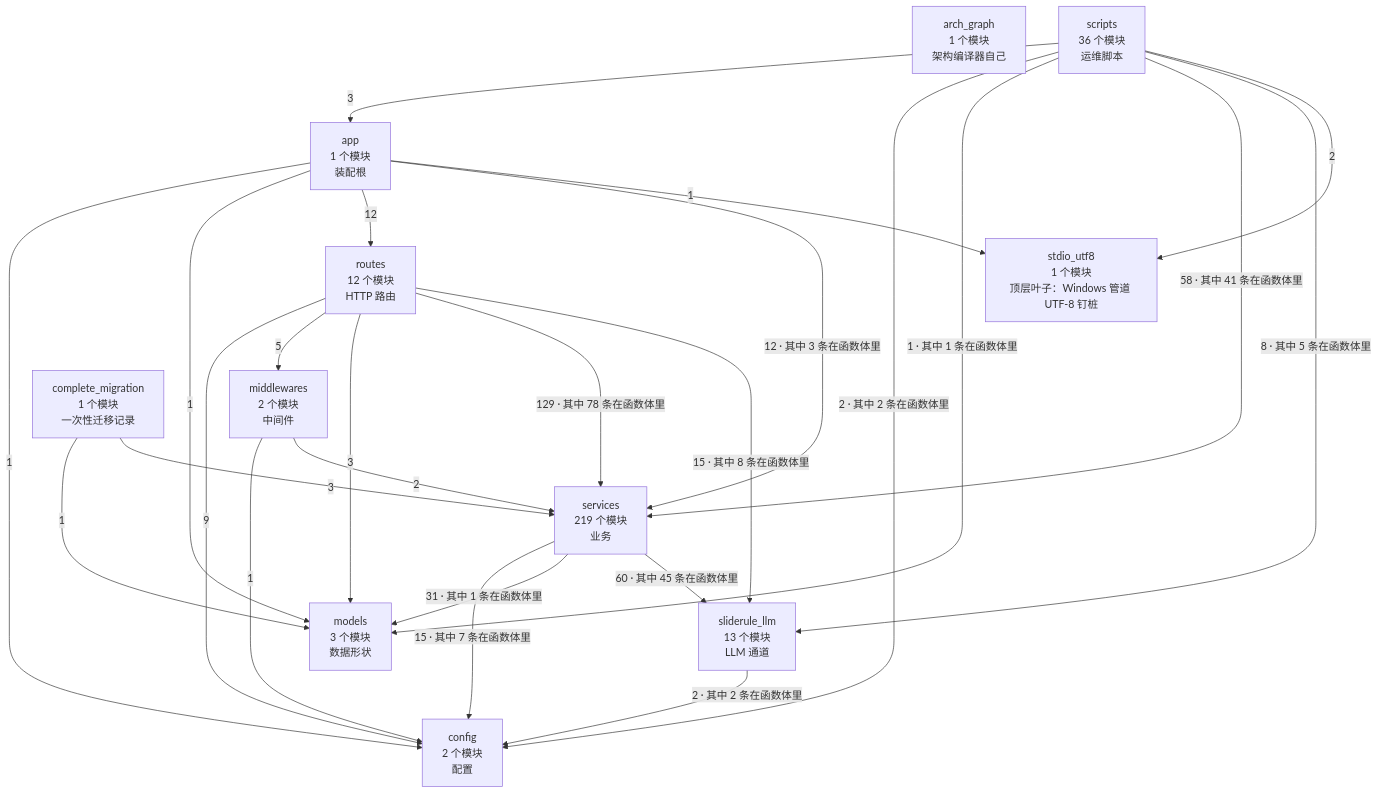
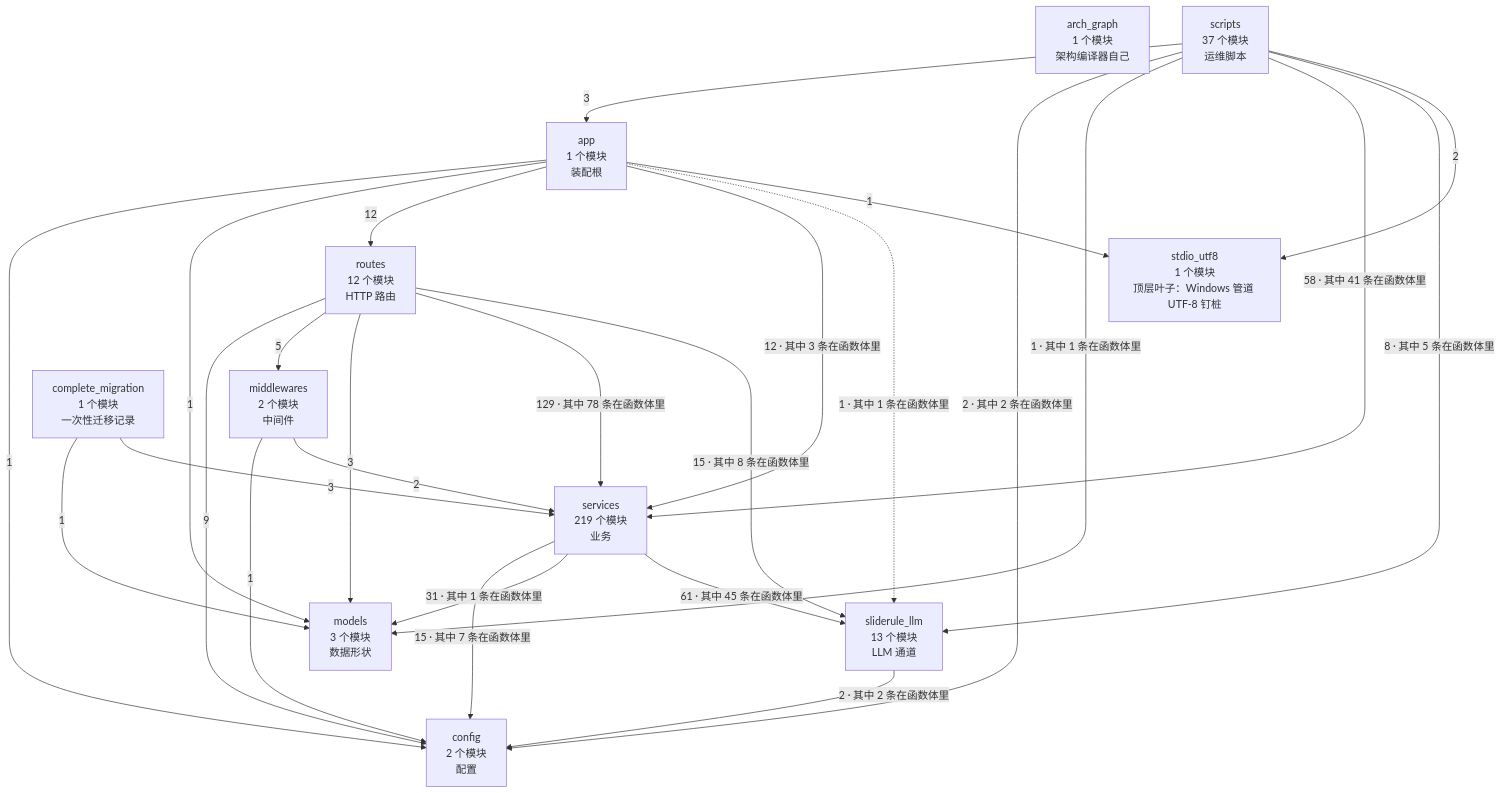
One commit to 2686521696/WhyBuddy changed the second of 4 diagrams in docs/SlideRule V6.2 架构图（自动生成）.md. Above: the diagram before and after it, drawn with Mermaid. The commit also changed other lines of this file and 5 other files, not shown here.

First line of the commit message:
四张权威架构图重新生成；生成器收进 package.json 一处入口

````diff
--- a/docs/SlideRule V6.2 架构图（自动生成）.md
+++ b/docs/SlideRule V6.2 架构图（自动生成）.md
@@ -60,38 +60,39 @@
 ```mermaid
 flowchart TB
   arch_graph["arch_graph<br/>1 个模块<br/>架构编译器自己"]
   config["config<br/>2 个模块<br/>配置"]
   models["models<br/>3 个模块<br/>数据形状"]
   stdio_utf8["stdio_utf8<br/>1 个模块<br/>顶层叶子：Windows 管道 UTF-8 钉桩"]
   sliderule_llm["sliderule_llm<br/>13 个模块<br/>LLM 通道"]
   middlewares["middlewares<br/>2 个模块<br/>中间件"]
   services["services<br/>219 个模块<br/>业务"]
   routes["routes<br/>12 个模块<br/>HTTP 路由"]
   app["app<br/>1 个模块<br/>装配根"]
   complete_migration["complete_migration<br/>1 个模块<br/>一次性迁移记录"]
-  scripts["scripts<br/>36 个模块<br/>运维脚本"]
+  scripts["scripts<br/>37 个模块<br/>运维脚本"]
   app -->|1| config
   app -->|1| models
   app -->|12| routes
   app -->|12 · 其中 3 条在函数体里| services
+  app -.->|1 · 其中 1 条在函数体里| sliderule_llm
   app -->|1| stdio_utf8
   complete_migration -->|1| models
   complete_migration -->|3| services
   middlewares -->|1| config
   middlewares -->|2| services
   routes -->|9| config
   routes -->|5| middlewares
   routes -->|3| models
   routes -->|129 · 其中 78 条在函数体里| services
   routes -->|15 · 其中 8 条在函数体里| sliderule_llm
   scripts -->|3| app
   scripts -->|2 · 其中 2 条在函数体里| config
   scripts -->|1 · 其中 1 条在函数体里| models
   scripts -->|58 · 其中 41 条在函数体里| services
   scripts -->|8 · 其中 5 条在函数体里| sliderule_llm
   scripts -->|2| stdio_utf8
   services -->|15 · 其中 7 条在函数体里| config
   services -->|31 · 其中 1 条在函数体里| models
-  services -->|60 · 其中 45 条在函数体里| sliderule_llm
+  services -->|61 · 其中 45 条在函数体里| sliderule_llm
   sliderule_llm -->|2 · 其中 2 条在函数体里| config
 ```
````
